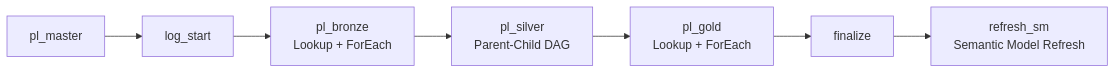
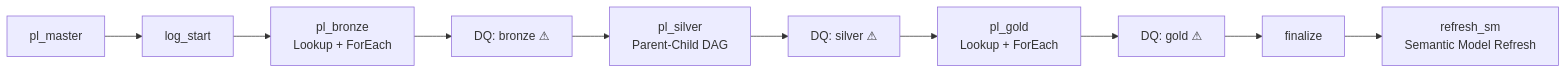
One commit to ankinguyen-engineer-2002/Fabric-v9-Warehouse-Medallion changed the second of 7 diagrams in README.md. Above: the diagram before and after it, drawn with Mermaid. The commit also changed other lines of this file and 5 other files, not shown here.

First line of the commit message:
Add DQ gates to all pipeline architecture diagrams (experimental)

````diff
--- a/README.md
+++ b/README.md
@@ -84,9 +84,12 @@
 ```mermaid
 flowchart LR
     M["pl_master"] --> LS["log_start"]
     LS --> B["pl_bronze\nLookup + ForEach"]
-    B --> S["pl_silver\nParent-Child DAG"]
-    S --> G["pl_gold\nLookup + ForEach"]
-    G --> FN["finalize"]
+    B --> DQ1["DQ: bronze ⚠"]
+    DQ1 --> S["pl_silver\nParent-Child DAG"]
+    S --> DQ2["DQ: silver ⚠"]
+    DQ2 --> G["pl_gold\nLookup + ForEach"]
+    G --> DQ3["DQ: gold ⚠"]
+    DQ3 --> FN["finalize"]
     FN --> SM["refresh_sm\nSemantic Model Refresh"]
 ```
````
